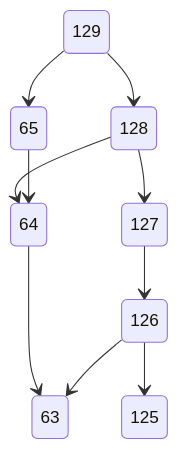
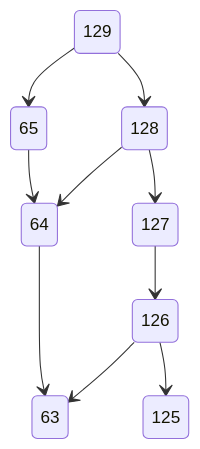
One commit to viktorshandrikov/repository-1 changed the diagram in 19.md. Above: the diagram before and after it, drawn with Mermaid.

````diff
--- a/19.md
+++ b/19.md
@@ -1,12 +1,12 @@
 ```mermaid
 stateDiagram-v2
 129 --> 128
 129 --> 65
 128 --> 127
-128 --> 64
 65 --> 64
 64 -->63 
 127-->126
 126 -->63
-126 --> 125 
+126 --> 125
+128 --> 64
 ```
````
